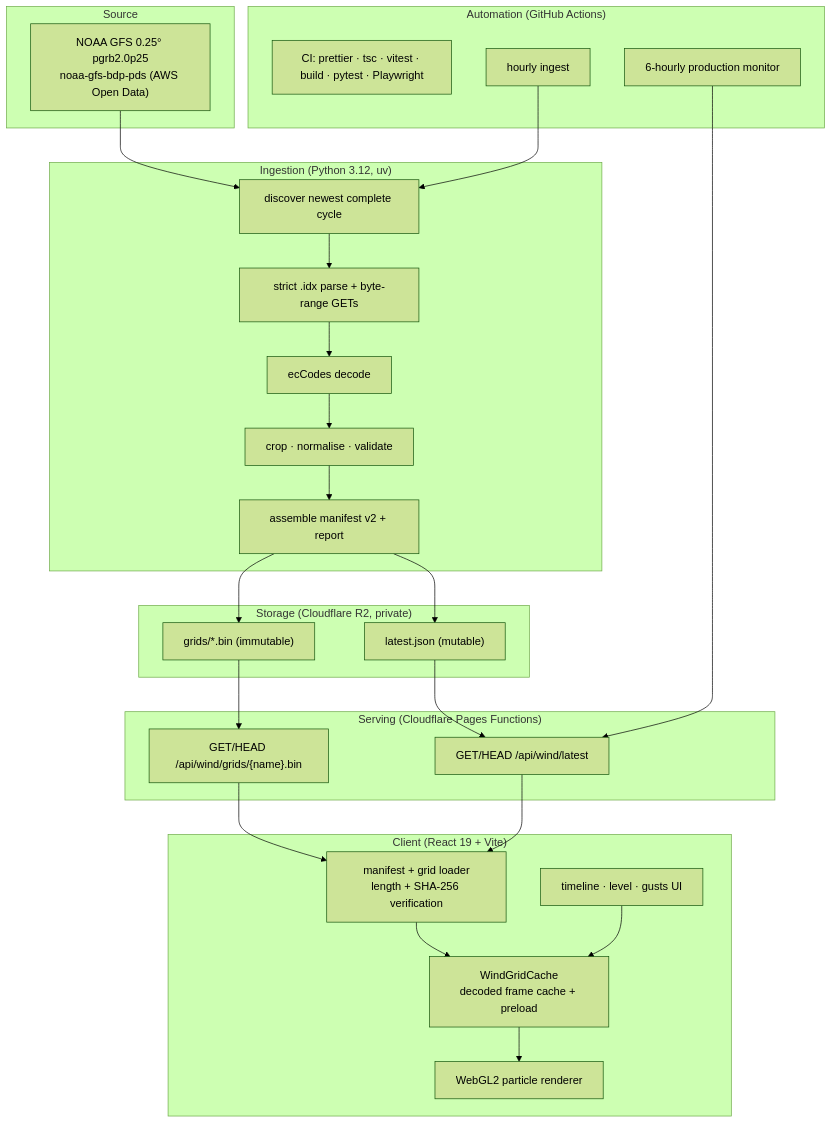
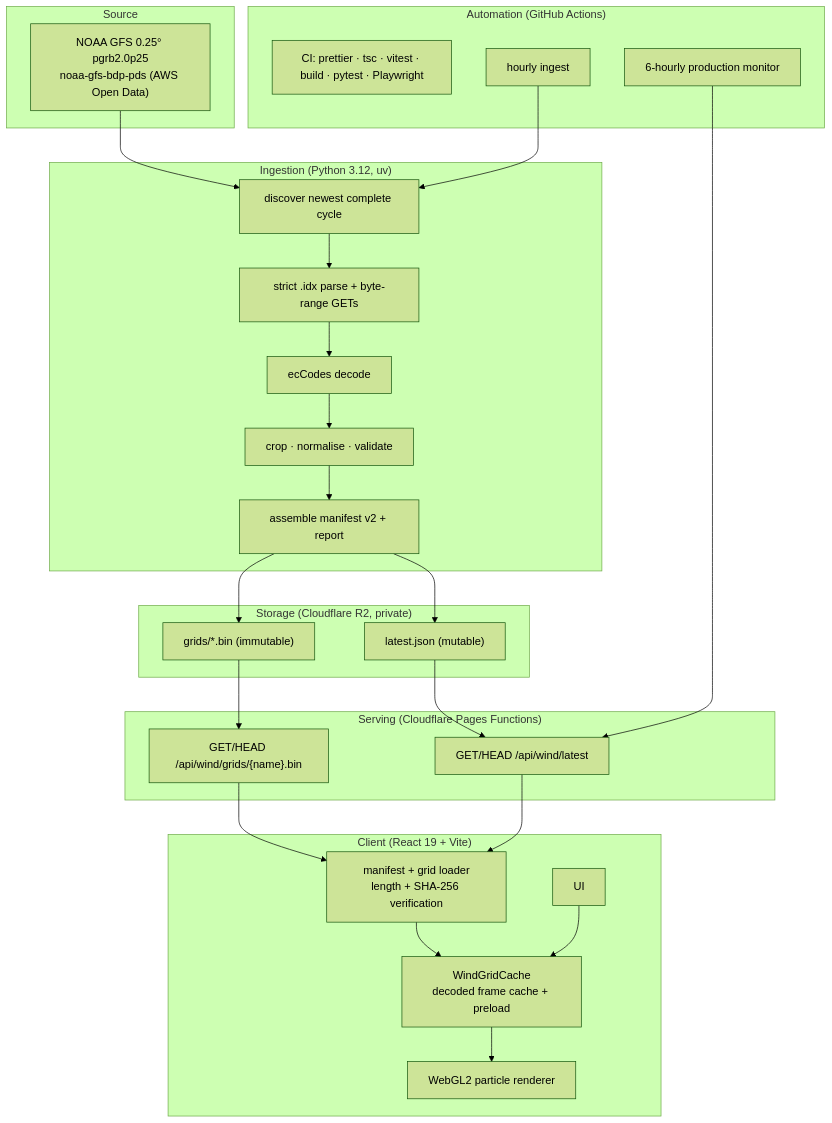
The diagram in docs/ARCHITECTURE.md (Y3FAI/saudi-wind), drawn with Mermaid (forest theme) before and after one commit. The commit also changed other lines of this file and 37 other files, not shown here.

````diff
--- a/docs/ARCHITECTURE.md
+++ b/docs/ARCHITECTURE.md
@@ -10,47 +10,47 @@
 ```mermaid
 flowchart TB
     subgraph Source["Source"]
         NOAA["NOAA GFS 0.25° pgrb2.0p25<br/>noaa-gfs-bdp-pds (AWS Open Data)"]
     end
 
     subgraph Ingest["Ingestion (Python 3.12, uv)"]
         DISCOVER["discover newest complete cycle"]
         RANGE["strict .idx parse + byte-range GETs"]
         DECODE["ecCodes decode"]
         NORMALIZE["crop · normalise · validate"]
         ASSEMBLE["assemble manifest v2 + report"]
     end
 
     subgraph Storage["Storage (Cloudflare R2, private)"]
         GRIDS["grids/*.bin (immutable)"]
         MANIFEST["latest.json (mutable)"]
     end
 
     subgraph Serve["Serving (Cloudflare Pages Functions)"]
         LATEST["GET/HEAD /api/wind/latest"]
         GRID["GET/HEAD /api/wind/grids/{name}.bin"]
     end
 
     subgraph Client["Client (React 19 + Vite)"]
         FETCH["manifest + grid loader<br/>length + SHA-256 verification"]
         CACHE["WindGridCache<br/>decoded frame cache + preload"]
         RENDER["WebGL2 particle renderer"]
-        TIMELINE["timeline · level · gusts UI"]
+        TIMELINE["UI"]
     end
 
     subgraph Ops["Automation (GitHub Actions)"]
         CI["CI: prettier · tsc · vitest · build · pytest · Playwright"]
         INGEST["hourly ingest"]
         MONITOR["6-hourly production monitor"]
     end
 
     NOAA --> DISCOVER --> RANGE --> DECODE --> NORMALIZE --> ASSEMBLE
     ASSEMBLE --> GRIDS
     ASSEMBLE --> MANIFEST
     GRIDS --> GRID --> FETCH
     MANIFEST --> LATEST --> FETCH
     FETCH --> CACHE --> RENDER
     TIMELINE --> CACHE
     INGEST --> DISCOVER
     MONITOR --> LATEST
 ```
````
